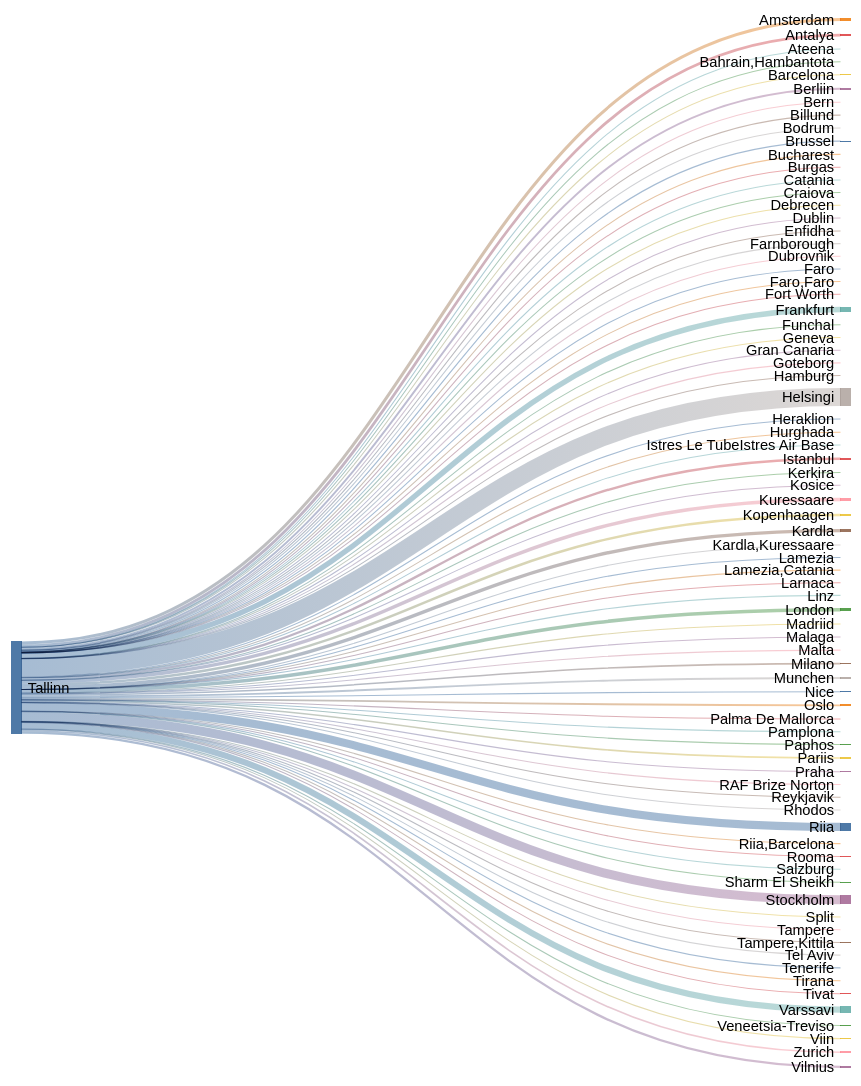
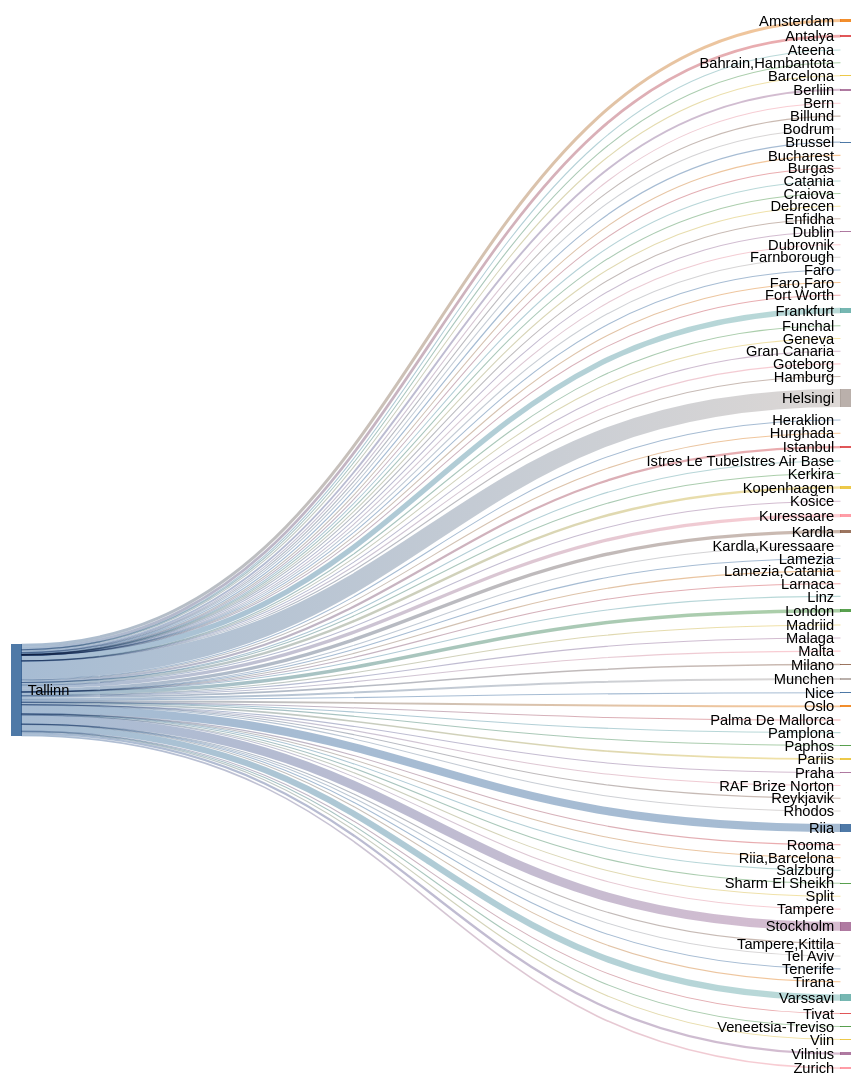
One commit to rainermesi/tll-airport-departures changed the second of 2 diagrams in README.md. Above: the diagram before and after it, drawn with Mermaid (forest theme). The commit also changed other lines of this file and 1 other file, not shown here.

````diff
--- a/README.md
+++ b/README.md
@@ -41,16 +41,16 @@
 ---
 sankey-beta
 %% source,target,value
-Tallinn,Amsterdam,553
-Tallinn,Antalya,507
+Tallinn,Amsterdam,555
+Tallinn,Antalya,509
 Tallinn,Ateena,16
 Tallinn,"Bahrain,Hambantota",1
 Tallinn,Barcelona,155
-Tallinn,Berliin,346
+Tallinn,Berliin,348
 Tallinn,Bern,1
 Tallinn,Billund,87
 Tallinn,Bodrum,12
-Tallinn,Brussel,212
+Tallinn,Brussel,213
 Tallinn,Bucharest,1
 Tallinn,Burgas,67
 Tallinn,Catania,2
@@ -63,61 +63,61 @@
 Tallinn,Faro,4
 Tallinn,"Faro,Faro",1
 Tallinn,Fort Worth,1
-Tallinn,Frankfurt,977
-Tallinn,Funchal,6
+Tallinn,Frankfurt,980
+Tallinn,Funchal,7
 Tallinn,Geneva,13
 Tallinn,Gran Canaria,38
 Tallinn,Goteborg,2
 Tallinn,Hamburg,2
-Tallinn,Helsingi,3276
+Tallinn,Helsingi,3285
 Tallinn,Heraklion,123
 Tallinn,Hurghada,75
-Tallinn,Istanbul,425
+Tallinn,Istanbul,427
 Tallinn,Istres Le TubeIstres Air Base,2
 Tallinn,Kerkira,4
-Tallinn,Kopenhaagen,456
+Tallinn,Kopenhaagen,459
 Tallinn,Kosice,1
-Tallinn,Kuressaare,620
-Tallinn,Kardla,622
+Tallinn,Kuressaare,622
+Tallinn,Kardla,624
 Tallinn,"Kardla,Kuressaare",1
 Tallinn,Lamezia,3
 Tallinn,"Lamezia,Catania",3
 Tallinn,Larnaca,6
 Tallinn,Linz,2
-Tallinn,London,634
+Tallinn,London,635
 Tallinn,Madriid,4
 Tallinn,Malaga,134
 Tallinn,Malta,34
 Tallinn,Milano,282
-Tallinn,Munchen,346
+Tallinn,Munchen,348
 Tallinn,Nice,62
-Tallinn,Oslo,330
+Tallinn,Oslo,331
 Tallinn,Palma De Mallorca,38
 Tallinn,Pamplona,1
 Tallinn,Paphos,66
-Tallinn,Pariis,292
+Tallinn,Pariis,294
 Tallinn,Praha,97
 Tallinn,RAF Brize Norton,1
 Tallinn,Reykjavik,20
-Tallinn,Rhodos,69
-Tallinn,Riia,1485
+Tallinn,Rhodos,70
+Tallinn,Riia,1489
 Tallinn,"Riia,Barcelona",1
 Tallinn,Rooma,80
 Tallinn,Salzburg,14
 Tallinn,Sharm El Sheikh,112
 Tallinn,Split,63
-Tallinn,Stockholm,1635
+Tallinn,Stockholm,1640
 Tallinn,Tampere,17
 Tallinn,"Tampere,Kittila",21
 Tallinn,Tel Aviv,2
 Tallinn,Tenerife,58
-Tallinn,Tirana,41
+Tallinn,Tirana,42
 Tallinn,Tivat,78
-Tallinn,Varssavi,1135
+Tallinn,Varssavi,1138
 Tallinn,Veneetsia-Treviso,67
 Tallinn,Viin,106
-Tallinn,Vilnius,413
-Tallinn,Zurich,294
+Tallinn,Vilnius,415
+Tallinn,Zurich,295
 
 
 ```
````
